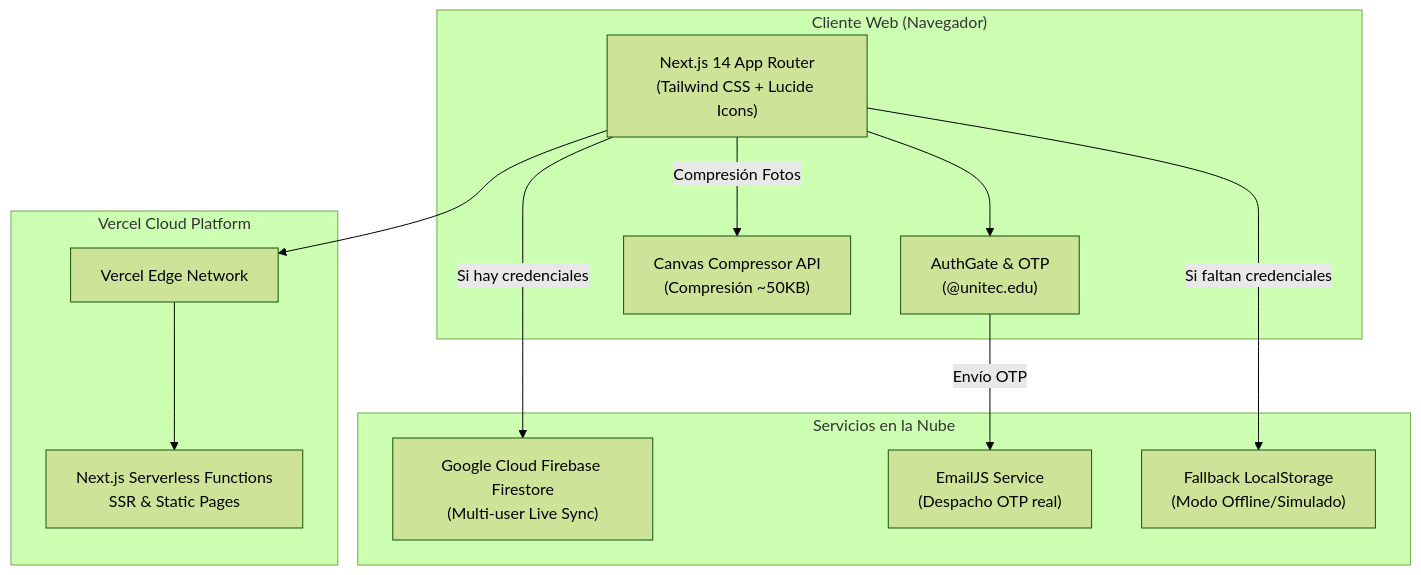
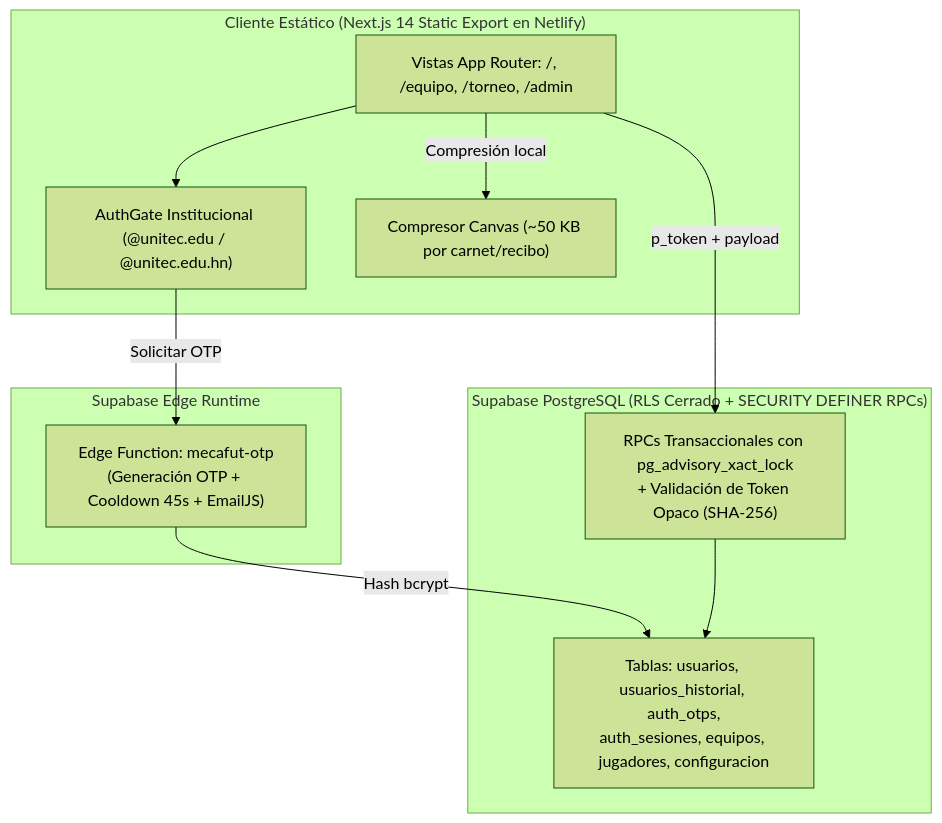
The diagram in DEPLOYMENT_AI_GUIDE.md (PaladinDiego/Mecafut), drawn with Mermaid (forest theme) before and after one commit. The commit also changed other lines of this file and 48 other files, not shown here.

````diff
--- a/DEPLOYMENT_AI_GUIDE.md
+++ b/DEPLOYMENT_AI_GUIDE.md
@@ -13,27 +13,24 @@
 ```mermaid
-graph TB
-    subgraph Cliente["Cliente Web (Navegador)"]
-        UI["Next.js 14 App Router<br/>(Tailwind CSS + Lucide Icons)"]
-        AuthGate["AuthGate & OTP<br/>(@unitec.edu)"]
-        CanvasCompressor["Canvas Compressor API<br/>(Compresión ~50KB)"]
+flowchart TB
+    subgraph Cliente["Cliente Estático (Next.js 14 Static Export en Netlify)"]
+        UI["Vistas App Router: /, /equipo, /torneo, /admin"]
+        AuthGate["AuthGate Institucional (@unitec.edu / @unitec.edu.hn)"]
+        Canvas["Compresor Canvas (~50 KB por carnet/recibo)"]
     end
 
-    subgraph Hosting["Vercel Cloud Platform"]
-        Edge["Vercel Edge Network"]
-        Serverless["Next.js Serverless Functions<br/>SSR & Static Pages"]
+    subgraph Edge["Supabase Edge Runtime"]
+        EdgeOTP["Edge Function: mecafut-otp<br/>(Generación OTP + Cooldown 45s + EmailJS)"]
     end
 
-    subgraph BackendServicios["Servicios en la Nube"]
-        Firestore["Google Cloud Firebase Firestore<br/>(Multi-user Live Sync)"]
-        EmailJS["EmailJS Service<br/>(Despacho OTP real)"]
-        LocalStorage["Fallback LocalStorage<br/>(Modo Offline/Simulado)"]
+    subgraph Postgres["Supabase PostgreSQL (RLS Cerrado + SECURITY DEFINER RPCs)"]
+        RPCs["RPCs Transaccionales con pg_advisory_xact_lock<br/>+ Validación de Token Opaco (SHA-256)"]
+        Tables["Tablas: usuarios, usuarios_historial, auth_otps,<br/>auth_sesiones, equipos, jugadores, configuracion"]
     end
 
-    UI --> Edge
-    Edge --> Serverless
     UI --> AuthGate
-    AuthGate -->|Envío OTP| EmailJS
-    UI -->|Compresión Fotos| CanvasCompressor
-    UI -->|Si hay credenciales| Firestore
-    UI -->|Si faltan credenciales| LocalStorage
+    AuthGate -->|Solicitar OTP| EdgeOTP
+    EdgeOTP -->|Hash bcrypt| Tables
+    UI -->|Compresión local| Canvas
+    UI -->|p_token + payload| RPCs
+    RPCs --> Tables
 ```
````
